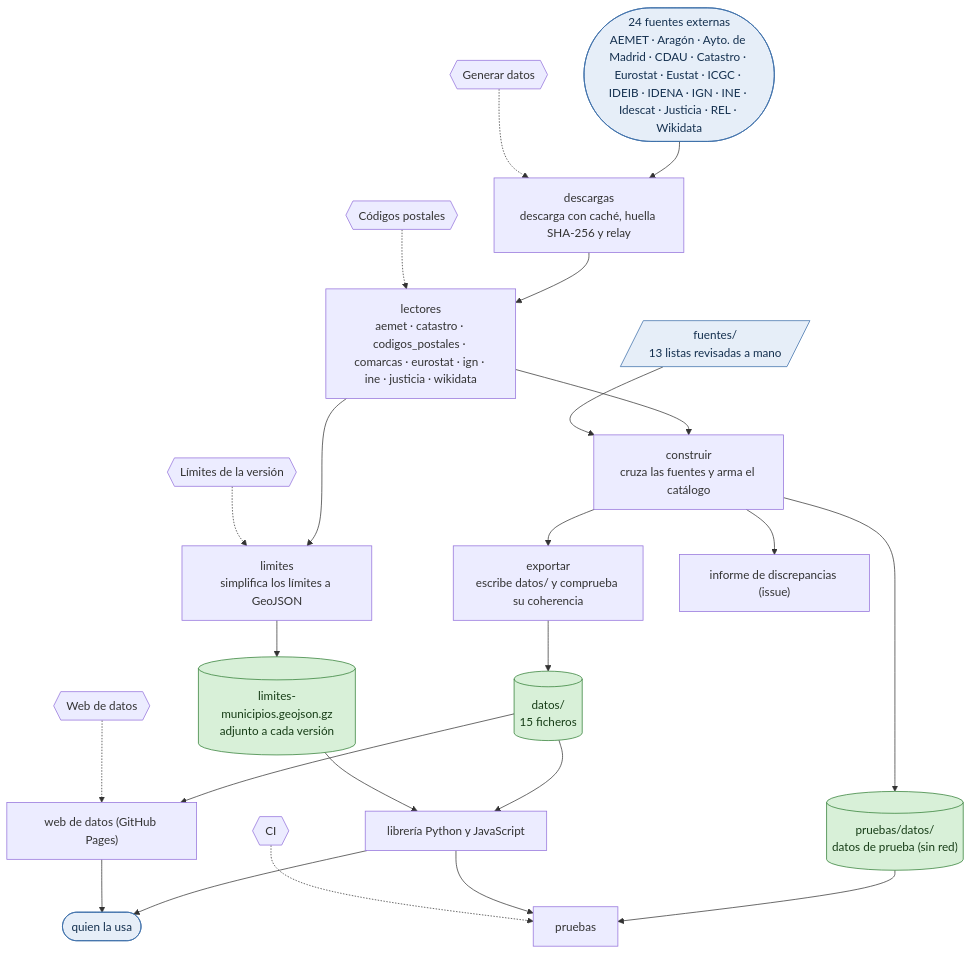
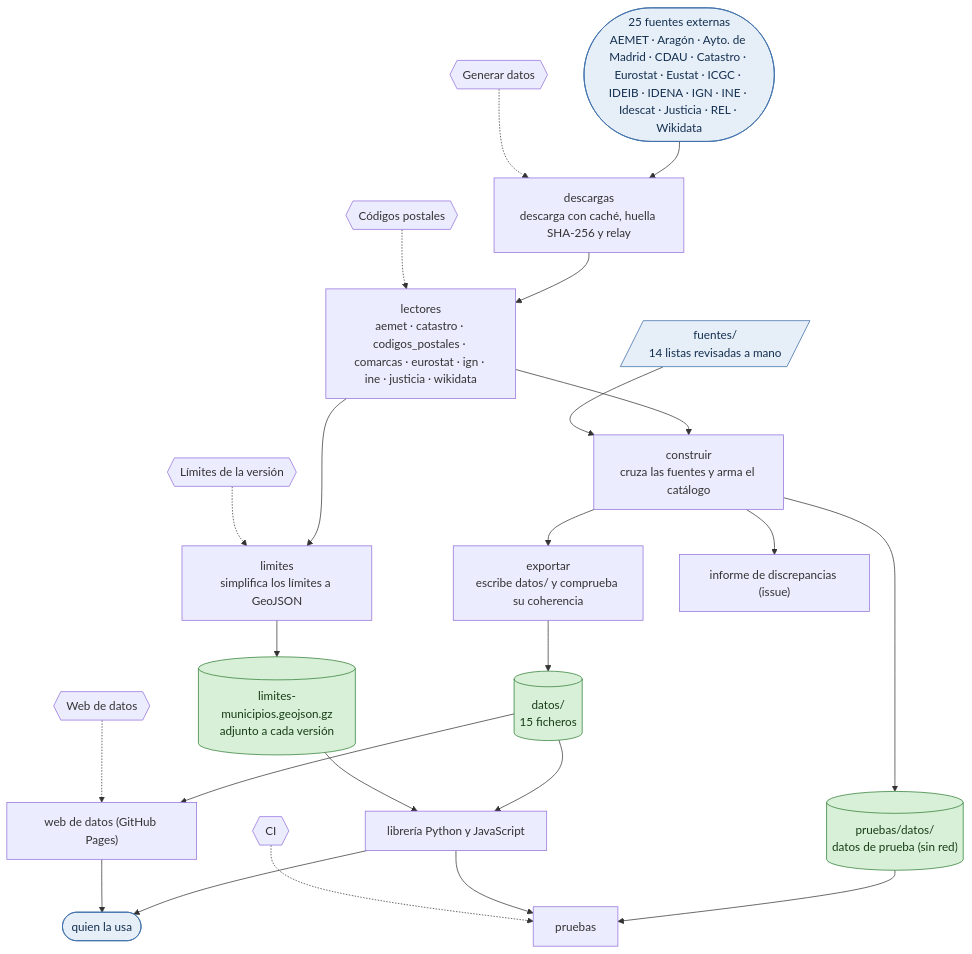
One commit to alertapublica/territorios-es changed the fourth of 6 diagrams in docs/estado.md. Above: the diagram before and after it, drawn with Mermaid. The commit also changed other lines of this file and 22 other files, not shown here.

````diff
--- a/docs/estado.md
+++ b/docs/estado.md
@@ -139,45 +141,45 @@
 ```mermaid
 flowchart TB
   accTitle: Repositorio
-  ext(["24 fuentes externas<br>AEMET · Aragón · Ayto. de Madrid · CDAU · Catastro · Eurostat · Eustat · ICGC · IDEIB · IDENA · IGN · INE · Idescat · Justicia · REL · Wikidata"])
-  hand[/"fuentes/<br>13 listas revisadas a mano"/]
+  ext(["25 fuentes externas<br>AEMET · Aragón · Ayto. de Madrid · CDAU · Catastro · Eurostat · Eustat · ICGC · IDEIB · IDENA · IGN · INE · Idescat · Justicia · REL · Wikidata"])
+  hand[/"fuentes/<br>14 listas revisadas a mano"/]
   descargas["descargas<br>descarga con caché, huella SHA-256 y relay"]
   readers["lectores<br>aemet · catastro · codigos_postales · comarcas · eurostat · ign · ine · justicia · wikidata"]
   construir["construir<br>cruza las fuentes y arma el catálogo"]
   exportar["exportar<br>escribe datos/ y comprueba su coherencia"]
   limites["limites<br>simplifica los límites a GeoJSON"]
   datos[("datos/<br>15 ficheros")]
   geo[("limites-municipios.geojson.gz<br>adjunto a cada versión")]
   report["informe de discrepancias (issue)"]
   lib["librería Python y JavaScript"]
   web["web de datos (GitHub Pages)"]
   users(["quien la usa"])
   fixture[("pruebas/datos/<br>datos de prueba (sin red)")]
   tests["pruebas"]
   ext --> descargas --> readers --> construir --> exportar --> datos
   hand --> construir
   readers --> limites --> geo
   construir --> report
   datos --> lib
   geo --> lib
   datos --> web
   lib --> users
   web --> users
   construir --> fixture --> tests
   lib --> tests
   wf_ci_yml{{"CI"}}
   wf_generar_yml{{"Generar datos"}}
   wf_codigos_postales_yml{{"Códigos postales"}}
   wf_limites_yml{{"Límites de la versión"}}
   wf_pages_yml{{"Web de datos"}}
   wf_generar_yml -.-> descargas
   wf_codigos_postales_yml -.-> readers
   wf_limites_yml -.-> limites
   wf_pages_yml -.-> web
   wf_ci_yml -.-> tests
   class datos,geo,fixture done
   class ext,hand,users box
   classDef done fill:#d8f0d8,stroke:#2e7d32,color:#173d17
   classDef todo fill:#fdecc8,stroke:#b26a00,color:#4a2c00,stroke-dasharray:4 3
   classDef box fill:#e6eef8,stroke:#3b6ea8,color:#14304f
 ```
````
